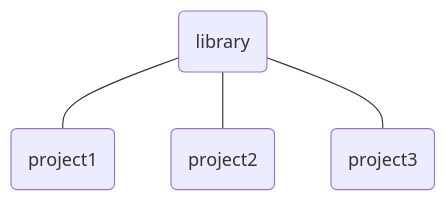
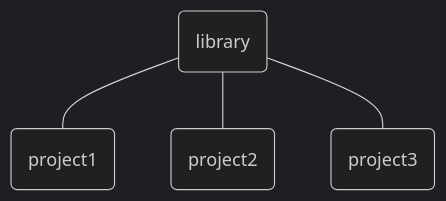
One commit to rstats-wtf/wtf-personal-radmin-slides changed the third of 4 diagrams in index.qmd. Above: the diagram before and after it, drawn with Mermaid. The commit also changed other lines of this file, not shown here.

Commit message:
mermaid dark mode, state machine --> flowchart

````diff
--- a/index.qmd
+++ b/index.qmd
@@ -890,10 +889,11 @@
 ```{mermaid}
+%%{init: {"theme": "dark" } }%%
 graph
 L --- P1
 L --- P2
 L --- P3
 L(library)
 P1(project1)
 P2(project2)
 P3(project3)
 ```
````
